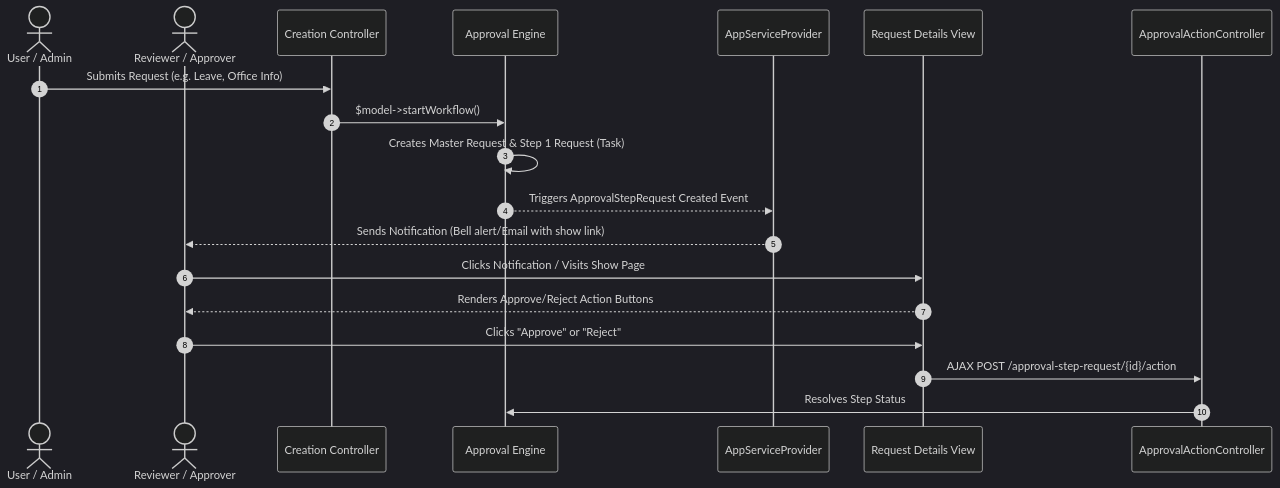
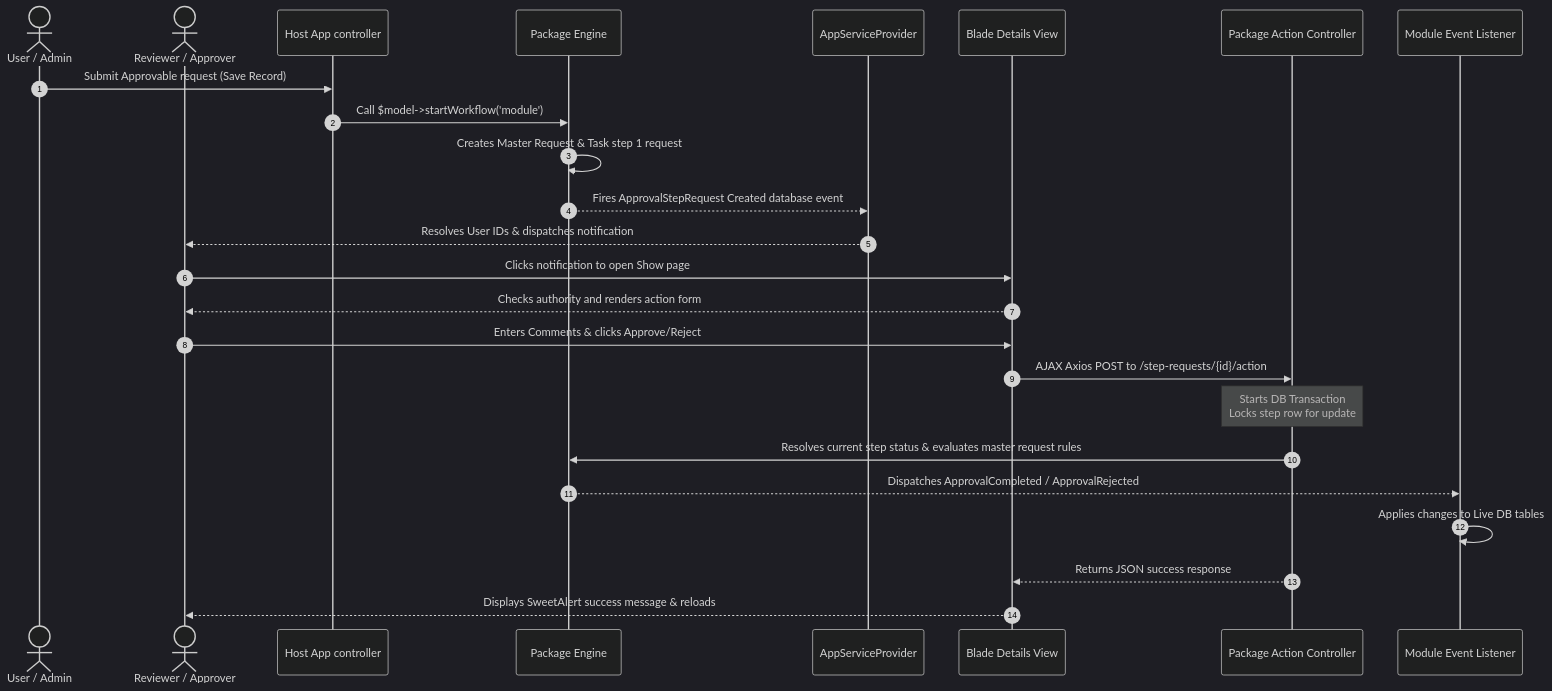
Before and after one commit to innovity-Technologies-Inc/hris: the diagram in workflow-functional-breakdown.md, drawn with Mermaid (dark theme). The commit also changed other lines of this file and 2 other files, not shown here.

Commit message:
Convert functional breakdown md and html files into comprehensive step-by-step developer tutorials

````diff
--- a/workflow-functional-breakdown.md
+++ b/workflow-functional-breakdown.md
@@ -99,23 +313,29 @@
 ```mermaid
 sequenceDiagram
     autonumber
     actor Creator as User / Admin
     actor Approver as Reviewer / Approver
-    participant CC as Creation Controller
-    participant AE as Approval Engine
+    participant CC as Host App controller
+    participant AE as Package Engine
     participant SP as AppServiceProvider
-    participant View as Request Details View
-    participant AAC as ApprovalActionController
+    participant View as Blade Details View
+    participant AAC as Package Action Controller
+    participant Listener as Module Event Listener
 
-    Creator->>CC: Submits Request (e.g. Leave, Office Info)
-    CC->>AE: $model->startWorkflow()
-    AE->>AE: Creates Master Request & Step 1 Request (Task)
-    AE-->>SP: Triggers ApprovalStepRequest Created Event
-    SP-->>Approver: Sends Notification (Bell alert/Email with show link)
+    Creator->>CC: Submit Approvable request (Save Record)
+    CC->>AE: Call $model->startWorkflow('module')
+    AE->>AE: Creates Master Request & Task step 1 request
+    AE-->>SP: Fires ApprovalStepRequest Created database event
+    SP-->>Approver: Resolves User IDs & dispatches notification
     
-    Approver->>View: Clicks Notification / Visits Show Page
-    View-->>Approver: Renders Approve/Reject Action Buttons
-    Approver->>View: Clicks "Approve" or "Reject"
-    View->>AAC: AJAX POST /approval-step-request/{id}/action
-    AAC->>AE: Resolves Step Status
+    Approver->>View: Clicks notification to open Show page
+    View-->>Approver: Checks authority and renders action form
+    Approver->>View: Enters Comments & clicks Approve/Reject
+    View->>AAC: AJAX Axios POST to /step-requests/{id}/action
+    Note over AAC: Starts DB Transaction<br/>Locks step row for update
+    AAC->>AE: Resolves current step status & evaluates master request rules
+    AE-->>Listener: Dispatches ApprovalCompleted / ApprovalRejected
+    Listener->>Listener: Applies changes to Live DB tables
+    AAC-->>View: Returns JSON success response
+    View-->>Approver: Displays SweetAlert success message & reloads
 ```
````
